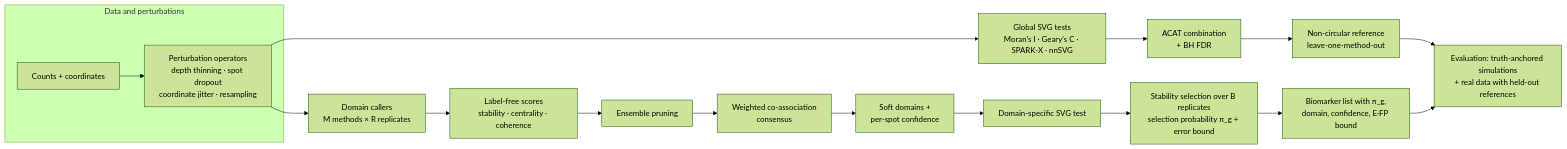
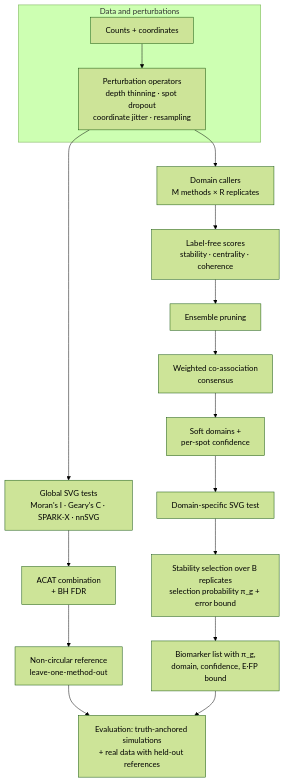
One commit to wpuzhu/BIOINF-590-Individual-Project changed the diagram in spatial_benchmark/PROPOSAL.md. Above: the diagram before and after it, drawn with Mermaid (forest theme). The commit also changed 2 other files, not shown here.

Commit message:
Proposal: top-down framework diagram; add self-contained HTML rendering
Claude-Session: https://claude.ai/code/session_017MHgX8D4KCQj6dHzKTjntd

````diff
--- a/spatial_benchmark/PROPOSAL.md
+++ b/spatial_benchmark/PROPOSAL.md
@@ -47,19 +47,19 @@
 ```mermaid
-flowchart LR
+flowchart TB
   subgraph IN[Data and perturbations]
     D[Counts + coordinates] --> P[Perturbation operators<br/>depth thinning · spot dropout<br/>coordinate jitter · resampling]
   end
   P --> M1[Domain callers<br/>M methods × R replicates]
   M1 --> S[Label-free scores<br/>stability · centrality · coherence]
   S --> PR[Ensemble pruning]
   PR --> CA[Weighted co-association<br/>consensus]
   CA --> SC[Soft domains +<br/>per-spot confidence]
   SC --> DS[Domain-specific SVG test]
   P --> G[Global SVG tests<br/>Moran's I · Geary's C · SPARK-X · nnSVG]
   G --> AC[ACAT combination<br/>+ BH FDR]
   DS --> SS[Stability selection over B replicates<br/>selection probability π_g + error bound]
   AC --> REF[Non-circular reference<br/>leave-one-method-out]
   SS --> OUT[Biomarker list with π_g,<br/>domain, confidence, E·FP bound]
   REF --> EV[Evaluation: truth-anchored simulations<br/>+ real data with held-out references]
   OUT --> EV
 ```
````
